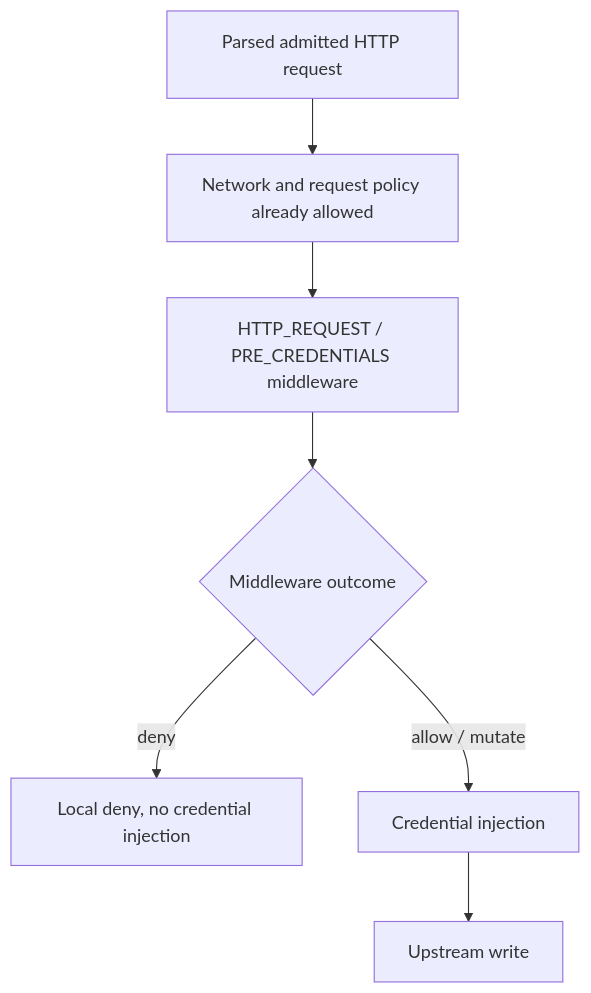
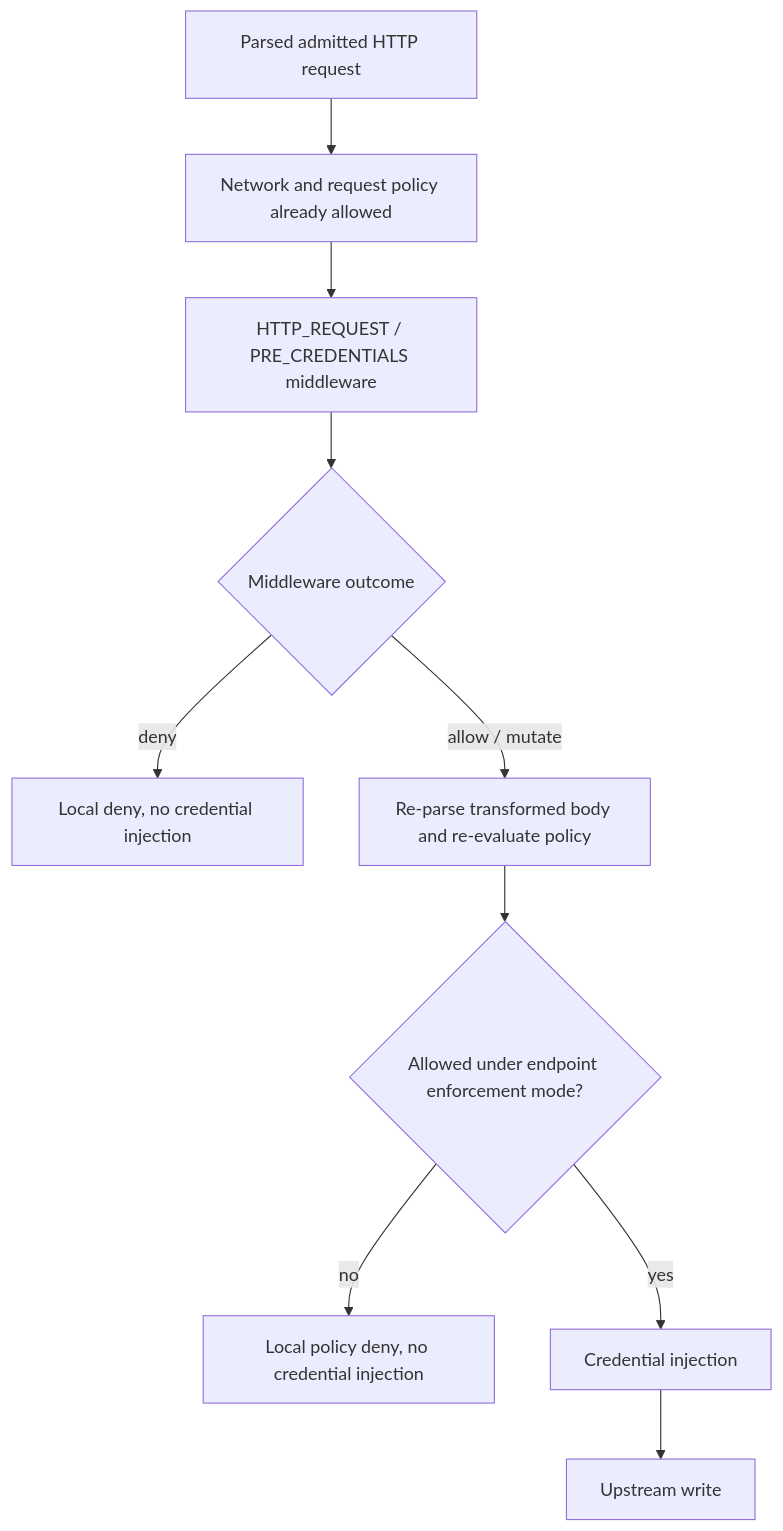
One commit to NVIDIA/OpenShell changed the fifth of 6 diagrams in rfc/0005-sandbox-proxy-egress-adapter/current-shape.md. Above: the diagram before and after it, drawn with Mermaid. The commit also changed other lines of this file and 3 other files, not shown here.

````diff
--- a/rfc/0005-sandbox-proxy-egress-adapter/current-shape.md
+++ b/rfc/0005-sandbox-proxy-egress-adapter/current-shape.md
@@ -151,9 +151,12 @@
 ```mermaid
 flowchart TD
     Req["Parsed admitted HTTP request"] --> Policy["Network and request policy already allowed"]
     Policy --> Hook["HTTP_REQUEST / PRE_CREDENTIALS middleware"]
     Hook --> Outcome{"Middleware outcome"}
     Outcome -- "deny" --> Deny["Local deny, no credential injection"]
-    Outcome -- "allow / mutate" --> Creds["Credential injection"]
+    Outcome -- "allow / mutate" --> Recheck["Re-parse transformed body and re-evaluate policy"]
+    Recheck --> Allowed{"Allowed under endpoint enforcement mode?"}
+    Allowed -- "no" --> PolicyDeny["Local policy deny, no credential injection"]
+    Allowed -- "yes" --> Creds["Credential injection"]
     Creds --> Upstream["Upstream write"]
 ```
````
